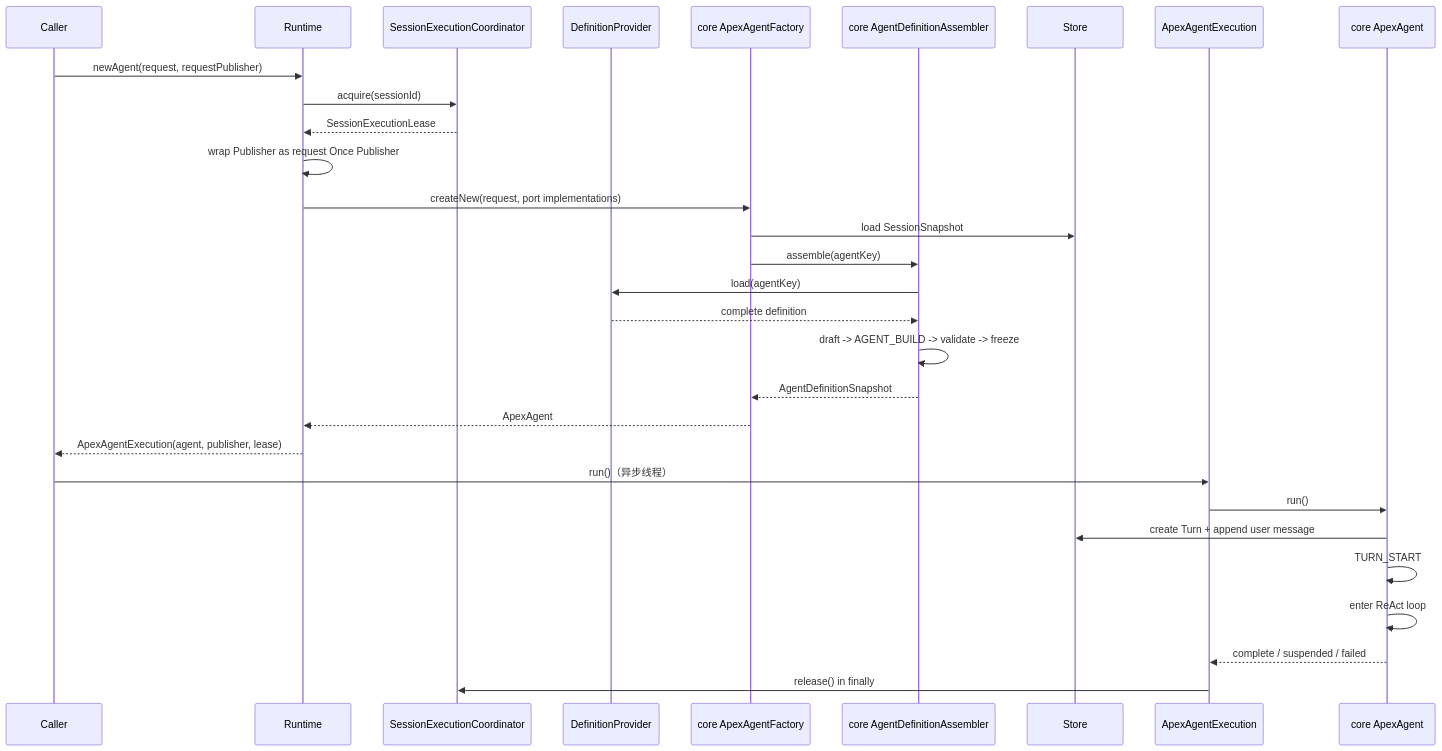
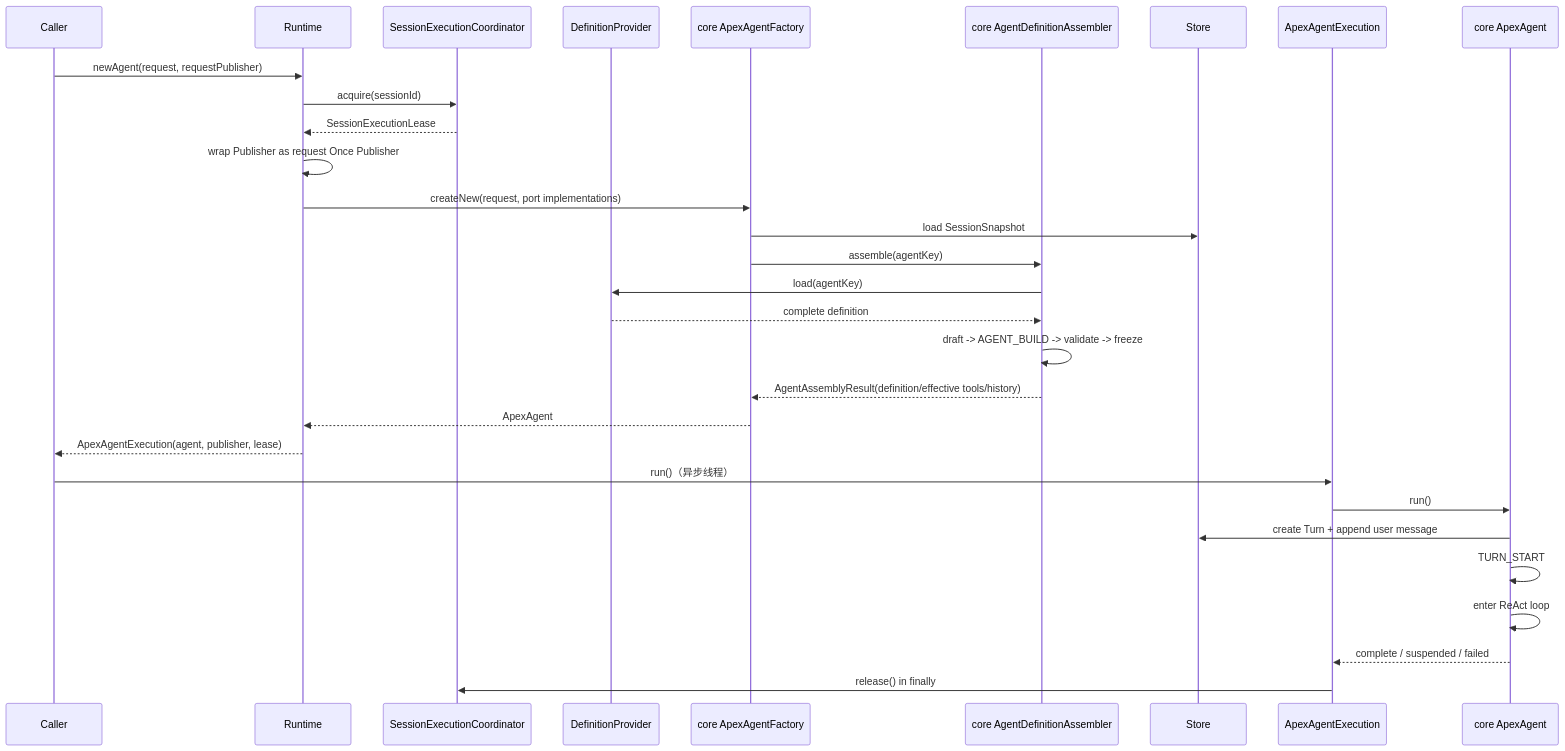
Before and after one commit to gemo12123/apex-agent: the fifth of 8 diagrams in docs/refact/2026-07-30-apex-agent-backend-architecture.md, drawn with Mermaid. The commit also changed other lines of this file and 17 other files, not shown here.

````diff
--- a/docs/refact/2026-07-30-apex-agent-backend-architecture.md
+++ b/docs/refact/2026-07-30-apex-agent-backend-architecture.md
@@ -547,33 +553,33 @@
 ```mermaid
 sequenceDiagram
     participant Caller
     participant Runtime
     participant Lease as SessionExecutionCoordinator
     participant Definition as DefinitionProvider
     participant Factory as core ApexAgentFactory
     participant Assembler as core AgentDefinitionAssembler
     participant Store
     participant Execution as ApexAgentExecution
     participant Agent as core ApexAgent
 
     Caller->>Runtime: newAgent(request, requestPublisher)
     Runtime->>Lease: acquire(sessionId)
     Lease-->>Runtime: SessionExecutionLease
     Runtime->>Runtime: wrap Publisher as request Once Publisher
     Runtime->>Factory: createNew(request, port implementations)
     Factory->>Store: load SessionSnapshot
     Factory->>Assembler: assemble(agentKey)
     Assembler->>Definition: load(agentKey)
     Definition-->>Assembler: complete definition
     Assembler->>Assembler: draft -> AGENT_BUILD -> validate -> freeze
-    Assembler-->>Factory: AgentDefinitionSnapshot
+    Assembler-->>Factory: AgentAssemblyResult(definition/effective tools/history)
     Factory-->>Runtime: ApexAgent
     Runtime-->>Caller: ApexAgentExecution(agent, publisher, lease)
     Caller->>Execution: run()（异步线程）
     Execution->>Agent: run()
     Agent->>Store: create Turn + append user message
     Agent->>Agent: TURN_START
     Agent->>Agent: enter ReAct loop
     Agent-->>Execution: complete / suspended / failed
     Execution->>Lease: release() in finally
 ```
````
